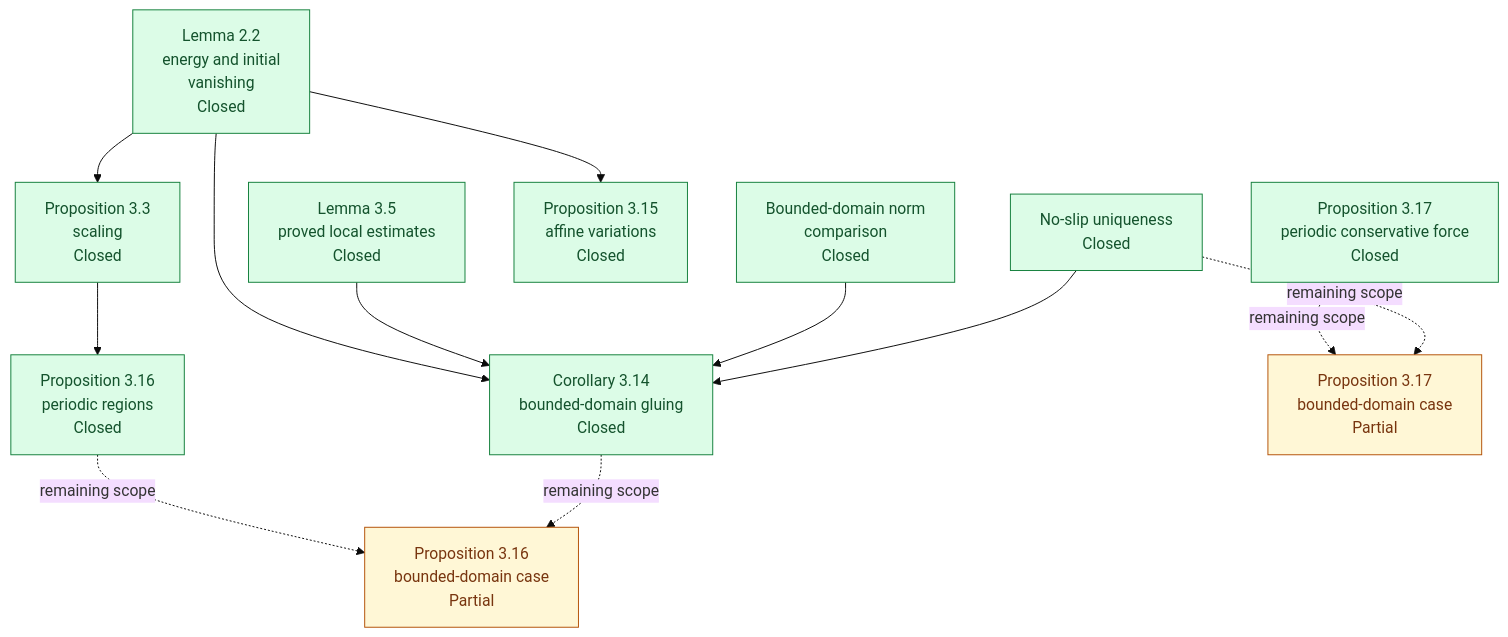
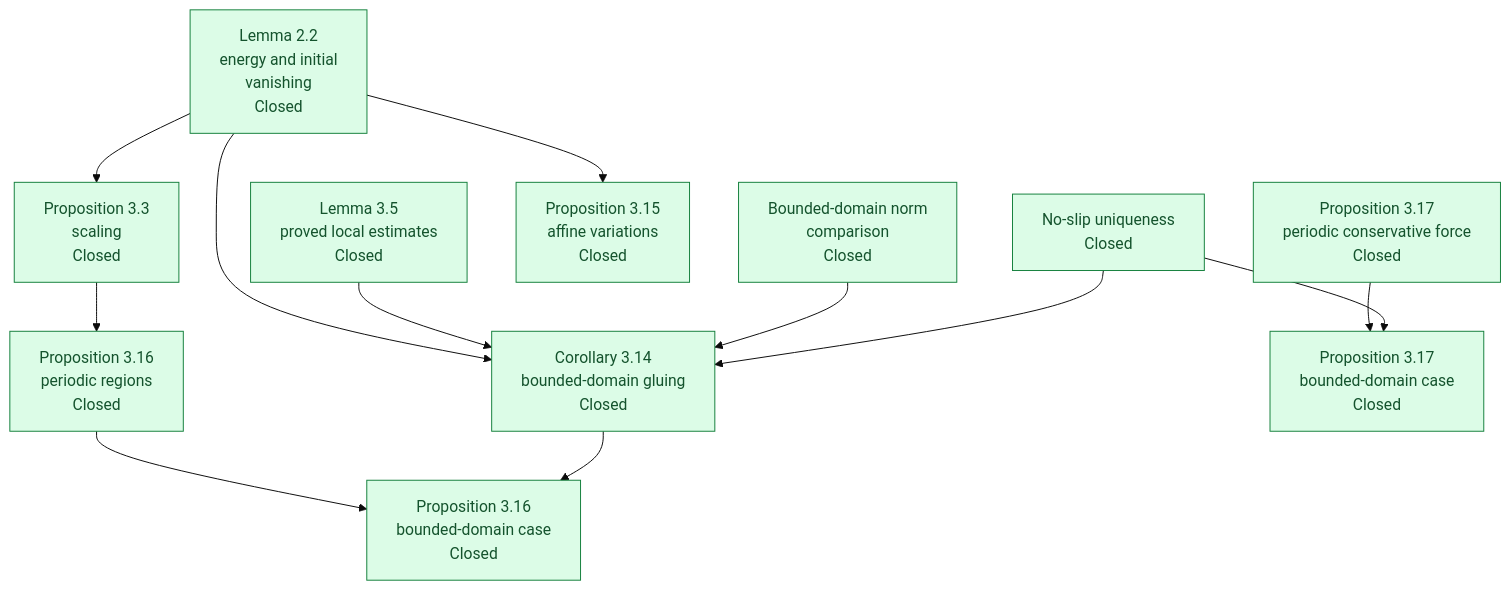
Before and after one commit to mathzhuonichi/blowup_density: the third of 4 diagrams in formalization/blueprint/DEPENDENCY_GRAPH.md, drawn with Mermaid (base theme). The commit also changed other lines of this file and 57 other files, not shown here.

First line of the commit message:
Phase 5: close the six Partial article entries (36 contracts, proof graph 41/41 Closed)

````diff
--- a/formalization/blueprint/DEPENDENCY_GRAPH.md
+++ b/formalization/blueprint/DEPENDENCY_GRAPH.md
@@ -89,30 +87,29 @@
 ```mermaid
 flowchart TD
   E22["Lemma 2.2<br/>energy and initial<br/>vanishing<br/>Closed"]
   C35_LOCAL["Lemma 3.5<br/>proved local estimates<br/>Closed"]
   BN["Bounded-domain norm<br/>comparison<br/>Closed"]
   BU["No-slip uniqueness<br/>Closed"]
   B314["Corollary 3.14<br/>bounded-domain gluing<br/>Closed"]
   A315["Proposition 3.15<br/>affine variations<br/>Closed"]
   S33["Proposition 3.3<br/>scaling<br/>Closed"]
   M316["Proposition 3.16<br/>periodic regions<br/>Closed"]
-  M316_B["Proposition 3.16<br/>bounded-domain case<br/>Partial"]
+  M316_B["Proposition 3.16<br/>bounded-domain case<br/>Closed"]
   C317["Proposition 3.17<br/>periodic conservative force<br/>Closed"]
-  C317_B["Proposition 3.17<br/>bounded-domain case<br/>Partial"]
+  C317_B["Proposition 3.17<br/>bounded-domain case<br/>Closed"]
   E22 --> B314
   C35_LOCAL --> B314
   BN --> B314
   BU --> B314
   E22 --> A315
   E22 --> S33
   S33 --> M316
-  M316 -. remaining scope .-> M316_B
-  B314 -. remaining scope .-> M316_B
-  C317 -. remaining scope .-> C317_B
-  BU -. remaining scope .-> C317_B
+  M316 --> M316_B
+  B314 --> M316_B
+  C317 --> C317_B
+  BU --> C317_B
   classDef closed fill:#dcfce7,stroke:#15803d,color:#14532d;
   classDef partial fill:#fff7d6,stroke:#b45309,color:#78350f;
   classDef mainResult stroke-width:4px;
-  class E22,C35_LOCAL,BN,BU,B314,A315,S33,M316,C317 closed;
-  class M316_B,C317_B partial;
+  class E22,C35_LOCAL,BN,BU,B314,A315,S33,M316,M316_B,C317,C317_B closed;
 ```
````
